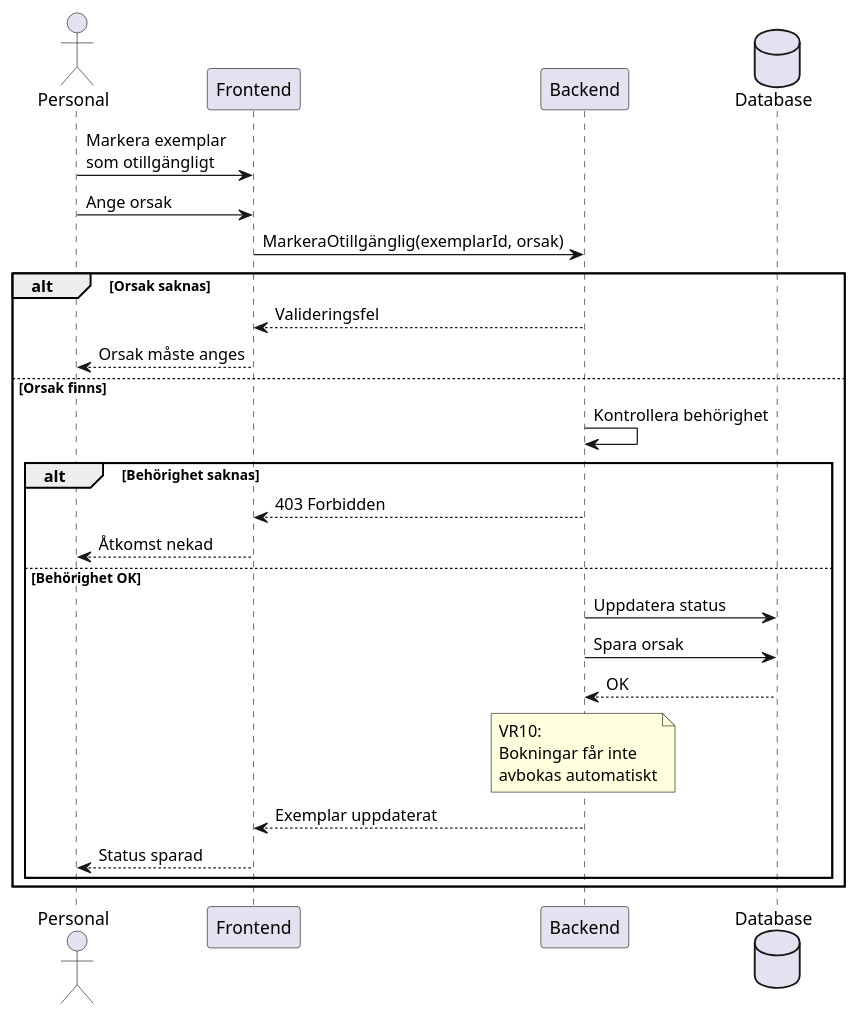
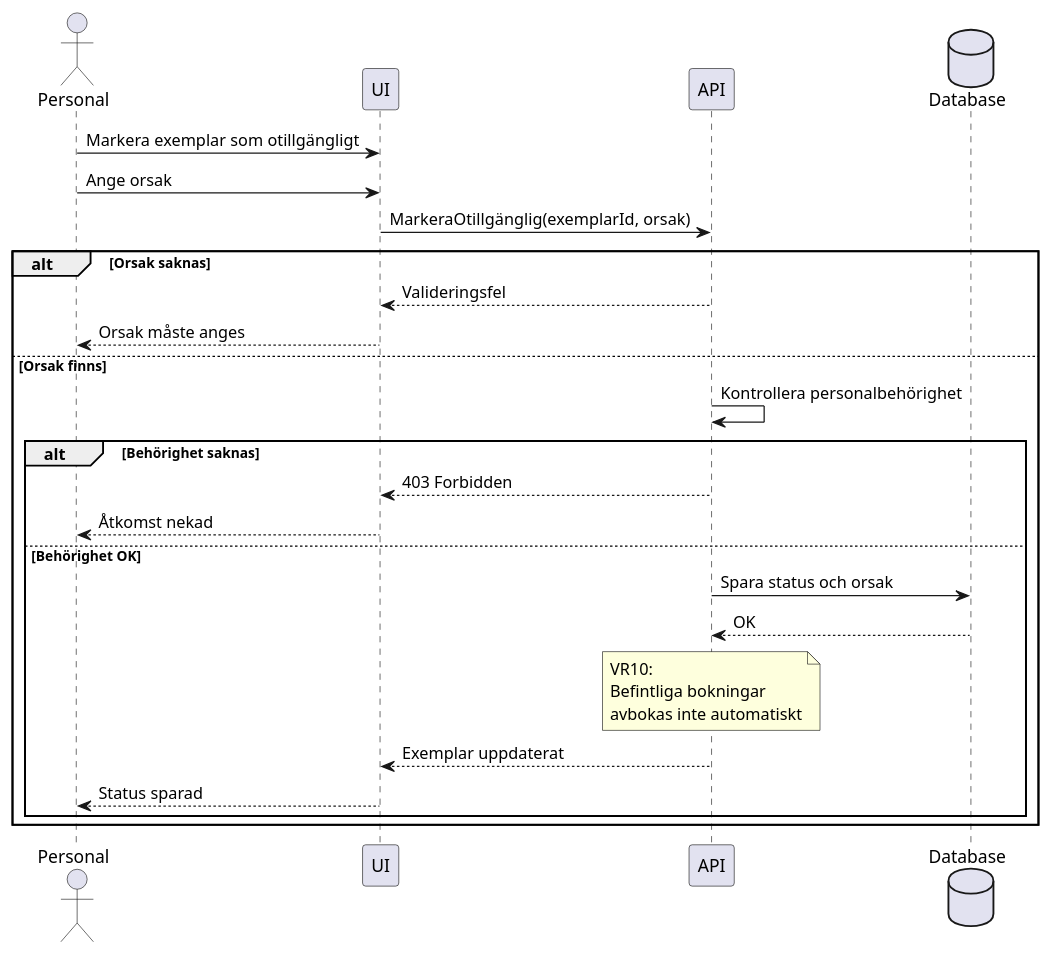
The third of 4 diagrams in ManageAffectedBookings.Application/Docs/Readme.md (AntonWennbom/manage-affected-bookings), drawn with PlantUML before and after one commit. The commit also changed other lines of this file and 5 other files, not shown here.

````diff
--- a/ManageAffectedBookings.Application/Docs/Readme.md
+++ b/ManageAffectedBookings.Application/Docs/Readme.md
@@ -104,53 +108,52 @@
 ```plantuml
 
 @startuml
 
 actor Personal
 
-participant Frontend
-participant Backend
+participant UI
+participant API
 database Database
 
-Personal -> Frontend : Markera exemplar\nsom otillgängligt
-Personal -> Frontend : Ange orsak
+Personal -> UI : Markera exemplar som otillgängligt
+Personal -> UI : Ange orsak
 
-Frontend -> Backend : MarkeraOtillgänglig(exemplarId, orsak)
+UI -> API : MarkeraOtillgänglig(exemplarId, orsak)
 
 alt Orsak saknas
 
-    Backend --> Frontend : Valideringsfel
-    Frontend --> Personal : Orsak måste anges
+    API --> UI : Valideringsfel
+    UI --> Personal : Orsak måste anges
 
 else Orsak finns
 
-    Backend -> Backend : Kontrollera behörighet
+    API -> API : Kontrollera personalbehörighet
 
     alt Behörighet saknas
 
-        Backend --> Frontend : 403 Forbidden
-        Frontend --> Personal : Åtkomst nekad
+        API --> UI : 403 Forbidden
+        UI --> Personal : Åtkomst nekad
 
     else Behörighet OK
 
-        Backend -> Database : Uppdatera status
-        Backend -> Database : Spara orsak
+        API -> Database : Spara status och orsak
 
-        Database --> Backend : OK
+        Database --> API : OK
 
-        note over Backend
+        note over API
         VR10:
-        Bokningar får inte
-        avbokas automatiskt
+        Befintliga bokningar
+        avbokas inte automatiskt
         end note
 
-        Backend --> Frontend : Exemplar uppdaterat
+        API --> UI : Exemplar uppdaterat
 
-        Frontend --> Personal : Status sparad
+        UI --> Personal : Status sparad
 
     end
 
 end
 
 @enduml
 
 ```
````
